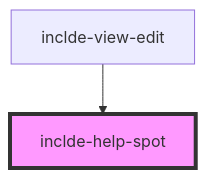
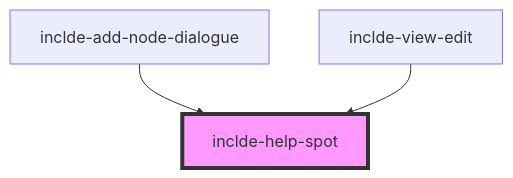
One commit to kit-data-manager/INCLDE changed the diagram in src/components/inclde-help-spot/readme.md. Above: the diagram before and after it, drawn with Mermaid. The commit also changed other lines of this file and 4 other files, not shown here.

````diff
--- a/src/components/inclde-help-spot/readme.md
+++ b/src/components/inclde-help-spot/readme.md
@@ -22,5 +23,6 @@
 ```mermaid
 graph TD;
+  inclde-add-node-dialogue --> inclde-help-spot
   inclde-view-edit --> inclde-help-spot
   style inclde-help-spot fill:#f9f,stroke:#333,stroke-width:4px
 ```
````
